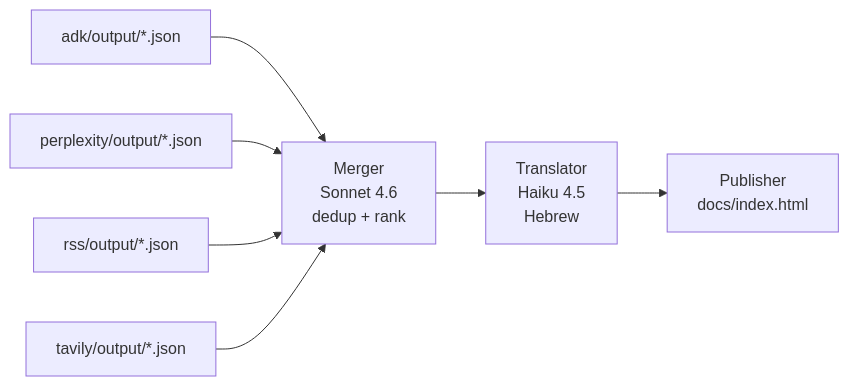
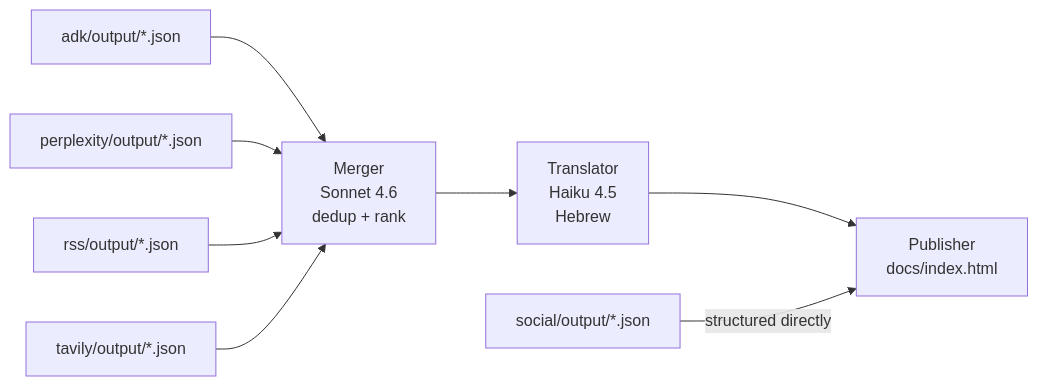
The eighth of 8 diagrams in README.md (kobyal/ai-news-briefing), drawn with Mermaid before and after one commit. The commit also changed other lines of this file, not shown here.

First line of the commit message:
docs: update README for 6-pipeline architecture (5 sources + merger)

````diff
--- a/README.md
+++ b/README.md
@@ -215,7 +283,8 @@
 ```mermaid
 flowchart LR
     J1["adk/output/*.json"] & J2["perplexity/output/*.json"] & J3["rss/output/*.json"] & J4["tavily/output/*.json"] -->
     MG["Merger\nSonnet 4.6\ndedup + rank"] -->
     TR["Translator\nHaiku 4.5\nHebrew"] -->
     PB["Publisher\ndocs/index.html"]
+    J5["social/output/*.json"] -->|structured directly| PB
 ```
````
